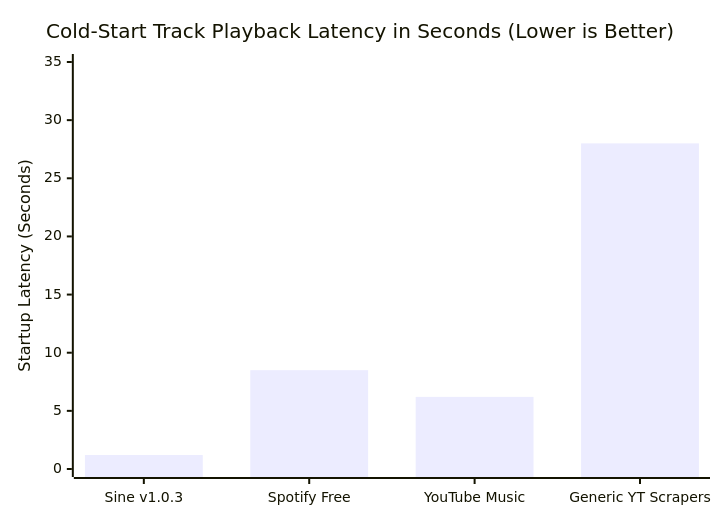
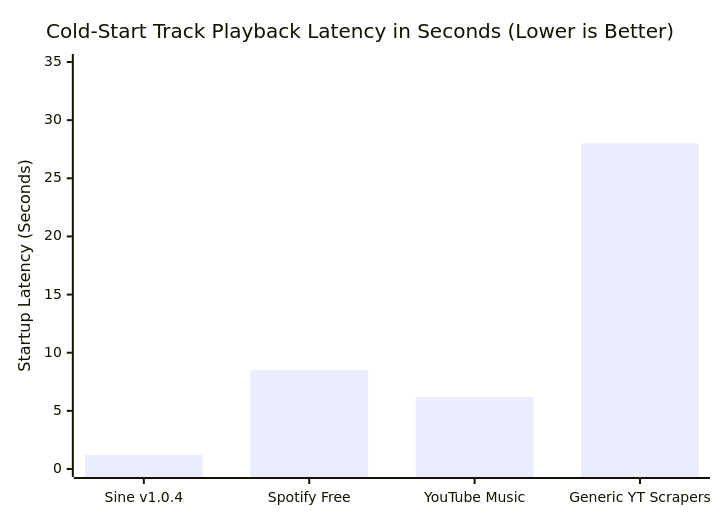
One commit to taezeem14/PulsePipe changed the third of 5 diagrams in README.md. Above: the diagram before and after it, drawn with Mermaid. The commit also changed other lines of this file and 3 other files, not shown here.

````diff
--- a/README.md
+++ b/README.md
@@ -125,7 +125,7 @@
 ```mermaid
 xychart-beta
     title "Cold-Start Track Playback Latency in Seconds (Lower is Better)"
-    x-axis ["Sine v1.0.3", "Spotify Free", "YouTube Music", "Generic YT Scrapers"]
+    x-axis ["Sine v1.0.4", "Spotify Free", "YouTube Music", "Generic YT Scrapers"]
     y-axis "Startup Latency (Seconds)" 0 --> 35
     bar [1.2, 8.5, 6.2, 28.0]
 ```
````
